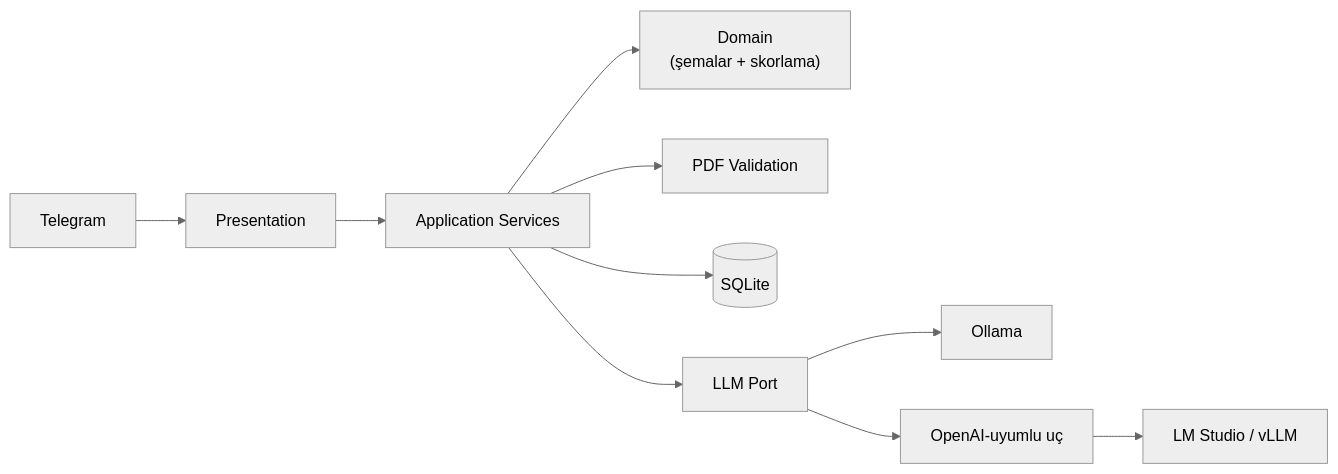
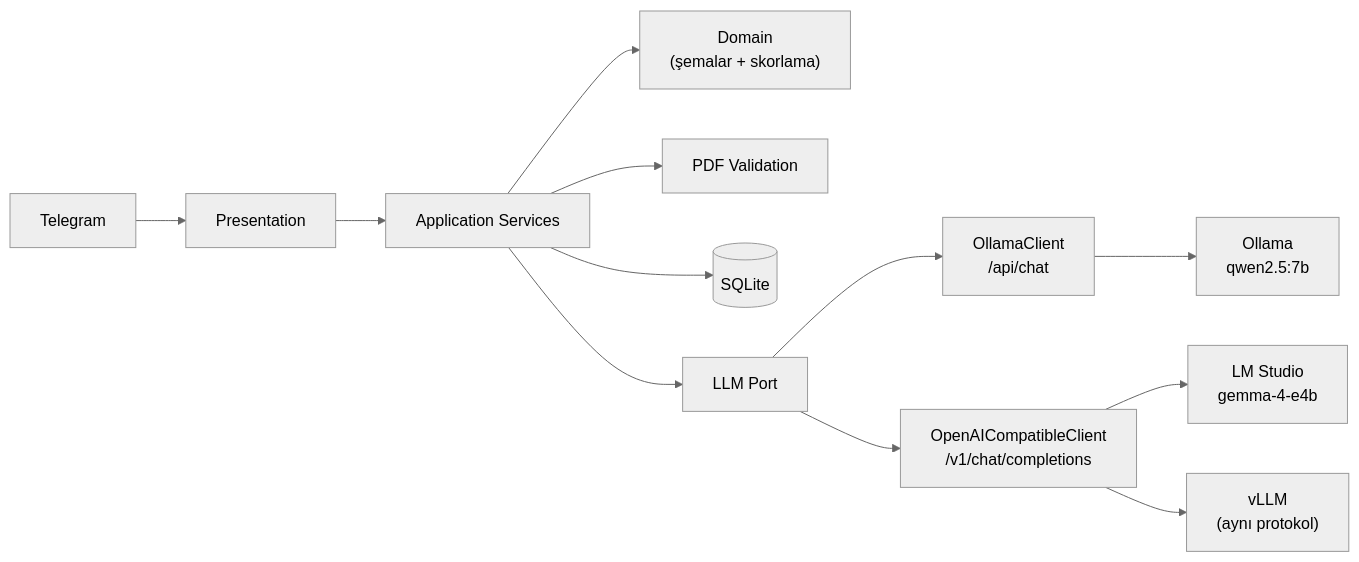
One commit to semihbugrasezer/sisoft-project changed the diagram in README.md. Above: the diagram before and after it, drawn with Mermaid (neutral theme). The commit also changed other lines of this file and 3 other files, not shown here.

````diff
--- a/README.md
+++ b/README.md
@@ -40,12 +43,14 @@
 ```mermaid
 flowchart LR
     TG[Telegram] --> P[Presentation]
     P --> A[Application Services]
     A --> D["Domain<br/>(şemalar + skorlama)"]
     A --> PDF[PDF Validation]
     A --> DB[(SQLite)]
     A --> LLM[LLM Port]
-    LLM --> O[Ollama]
-    LLM --> C[OpenAI-uyumlu uç]
-    C --> LS[LM Studio / vLLM]
+    LLM --> O["OllamaClient<br/>/api/chat"]
+    LLM --> C["OpenAICompatibleClient<br/>/v1/chat/completions"]
+    O --> OM["Ollama<br/>qwen2.5:7b"]
+    C --> LS["LM Studio<br/>gemma-4-e4b"]
+    C --> VL["vLLM<br/>(aynı protokol)"]
 ```
````
